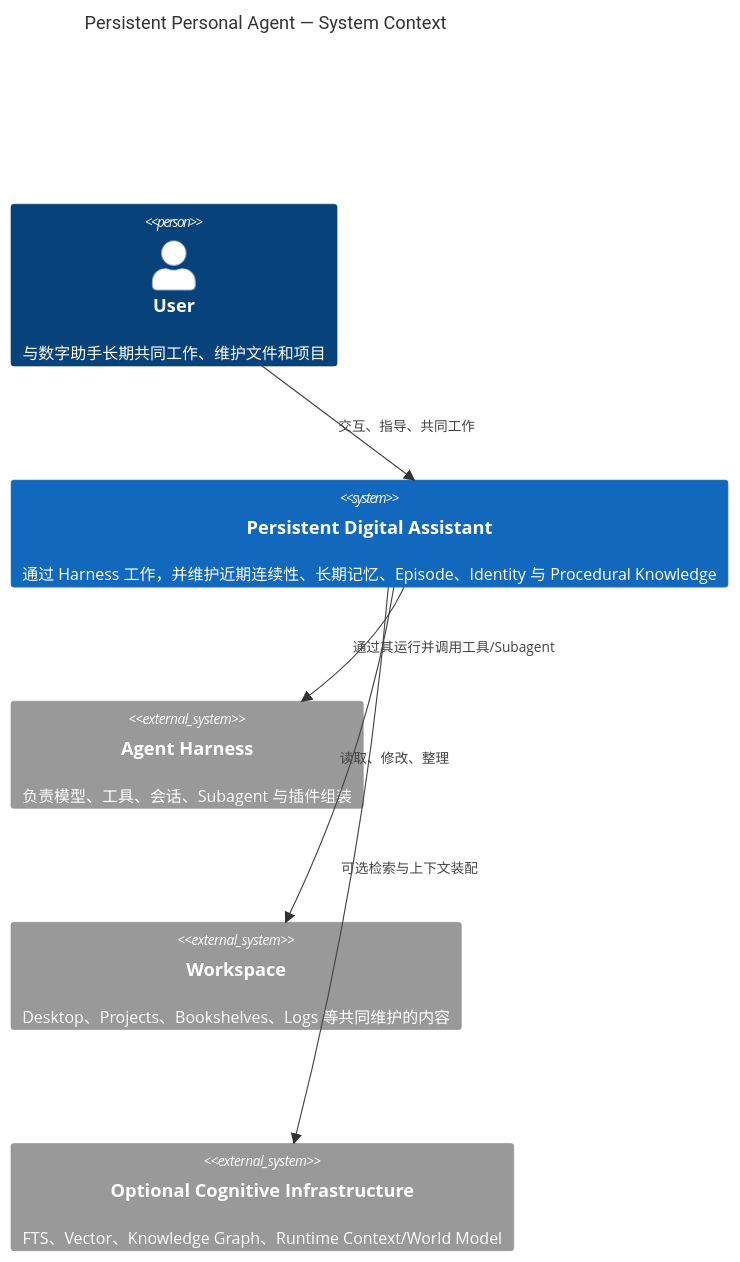
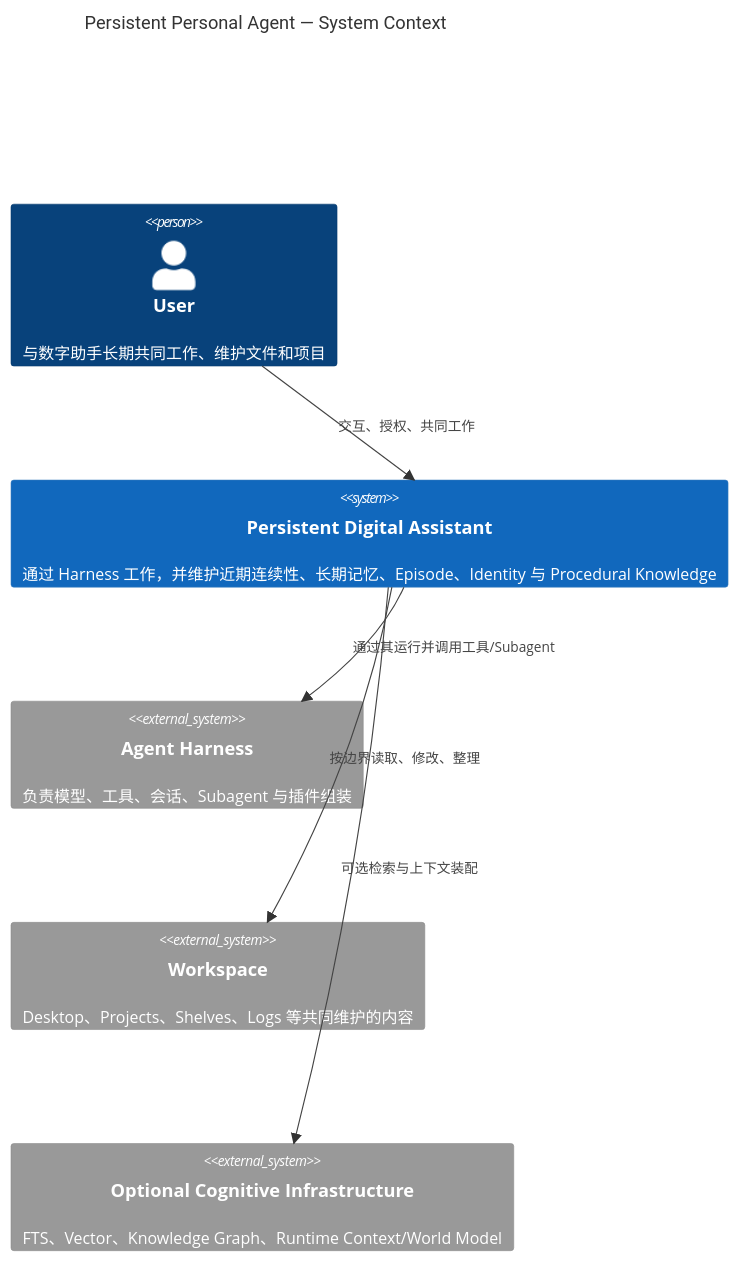
Before and after one commit to Ri0n72Y/agent-identity-cycle: the first of 3 diagrams in docs/c4.md, drawn with Mermaid. The commit also changed other lines of this file and 14 other files, not shown here.

````diff
--- a/docs/c4.md
+++ b/docs/c4.md
@@ -7,15 +7,15 @@
 ```mermaid
 C4Context
     title Persistent Personal Agent — System Context
 
     Person(user, "User", "与数字助手长期共同工作、维护文件和项目")
     System(agent, "Persistent Digital Assistant", "通过 Harness 工作，并维护近期连续性、长期记忆、Episode、Identity 与 Procedural Knowledge")
     System_Ext(harness, "Agent Harness", "负责模型、工具、会话、Subagent 与插件组装")
-    System_Ext(workspace, "Workspace", "Desktop、Projects、Bookshelves、Logs 等共同维护的内容")
+    System_Ext(workspace, "Workspace", "Desktop、Projects、Shelves、Logs 等共同维护的内容")
     System_Ext(cognitive, "Optional Cognitive Infrastructure", "FTS、Vector、Knowledge Graph、Runtime Context/World Model")
 
-    Rel(user, agent, "交互、指导、共同工作")
-    Rel(agent, workspace, "读取、修改、整理")
+    Rel(user, agent, "交互、授权、共同工作")
+    Rel(agent, workspace, "按边界读取、修改、整理")
     Rel(agent, harness, "通过其运行并调用工具/Subagent")
     Rel(agent, cognitive, "可选检索与上下文装配")
 ```
````
